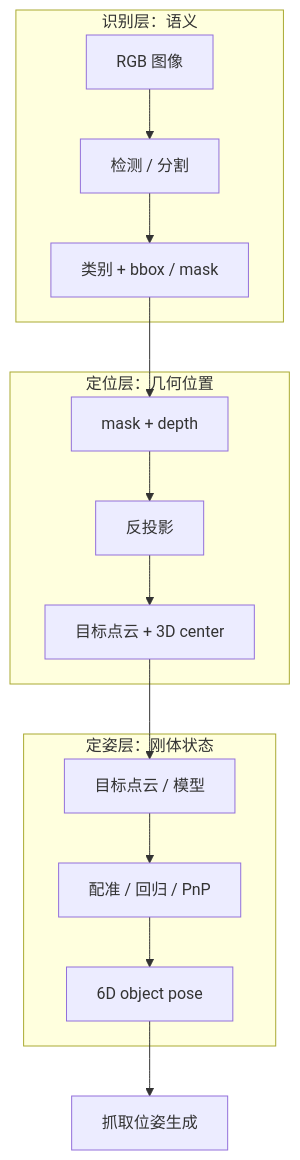
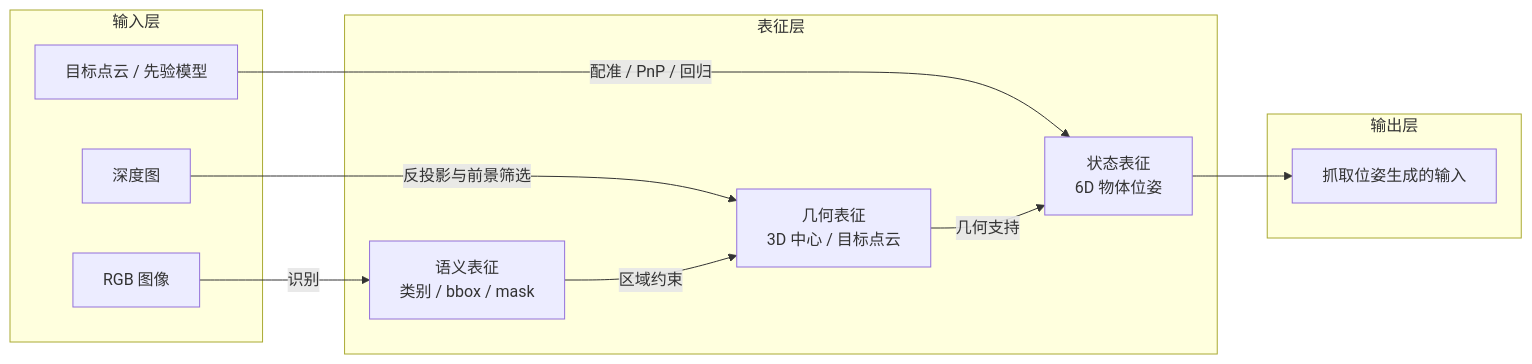
Before and after one commit to Xbotics-Embodied-AI-club/Xbotics-Embodied-AI-Handbook: the second of 12 diagrams in docs/part2-vision-manipulation/06-pose_0719.md, drawn with Mermaid. The commit also changed other lines of this file and 9 other files, not shown here.

````diff
--- a/docs/part2-vision-manipulation/06-pose_0719.md
+++ b/docs/part2-vision-manipulation/06-pose_0719.md
@@ -48,18 +64,25 @@
 ```mermaid
-flowchart TD
-    subgraph S1[识别层：语义]
-        A1[RGB 图像] --> A2[检测 / 分割]
-        A2 --> A3[类别 + bbox / mask]
+flowchart LR
+    subgraph I2[输入层]
+        A2[RGB 图像]
+        B2[深度图]
+        C2[目标点云 / 先验模型]
     end
-    subgraph S2[定位层：几何位置]
-        B1[mask + depth] --> B2[反投影]
-        B2 --> B3[目标点云 + 3D center]
+    subgraph R2[表征层]
+        D2[语义表征
+类别 / bbox / mask]
+        E2[几何表征
+3D 中心 / 目标点云]
+        F2[状态表征
+6D 物体位姿]
     end
-    subgraph S3[定姿层：刚体状态]
-        C1[目标点云 / 模型] --> C2[配准 / 回归 / PnP]
-        C2 --> C3[6D object pose]
+    subgraph O2[输出层]
+        G2[抓取位姿生成的输入]
     end
-    A3 --> B1
-    B3 --> C1
-    C3 --> D[抓取位姿生成]
+    A2 -->|识别| D2
+    B2 -->|反投影与前景筛选| E2
+    D2 -->|区域约束| E2
+    C2 -->|配准 / PnP / 回归| F2
+    E2 -->|几何支持| F2
+    F2 --> G2
 ```
````
